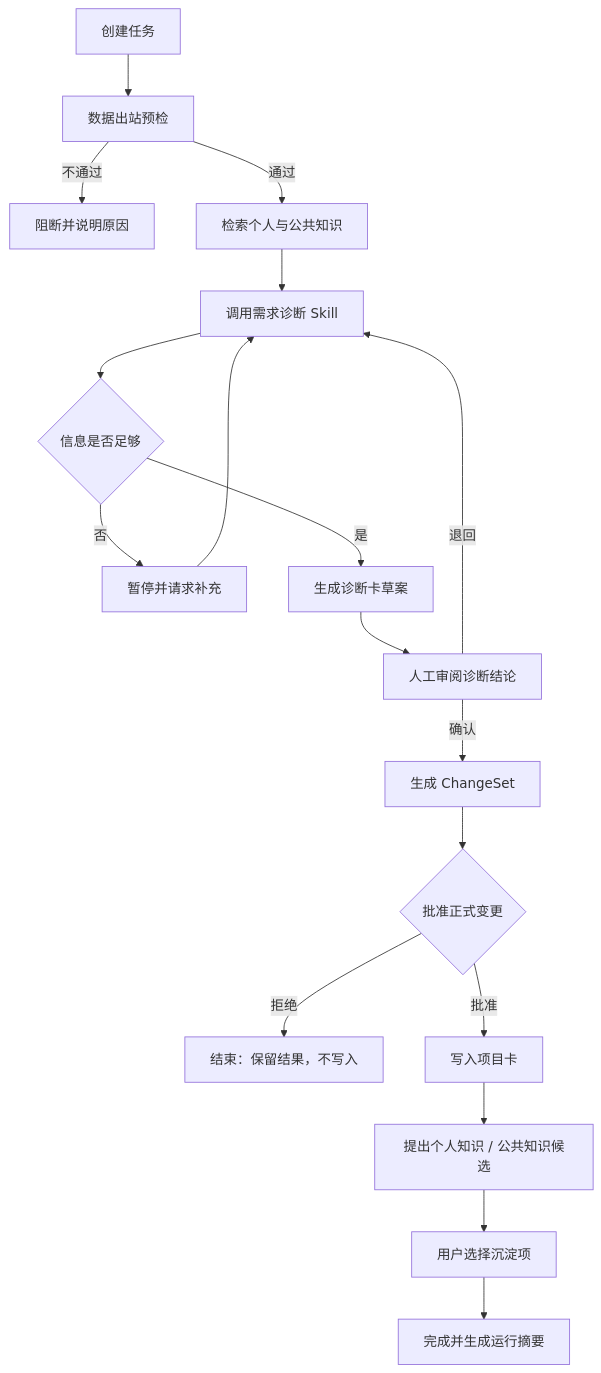
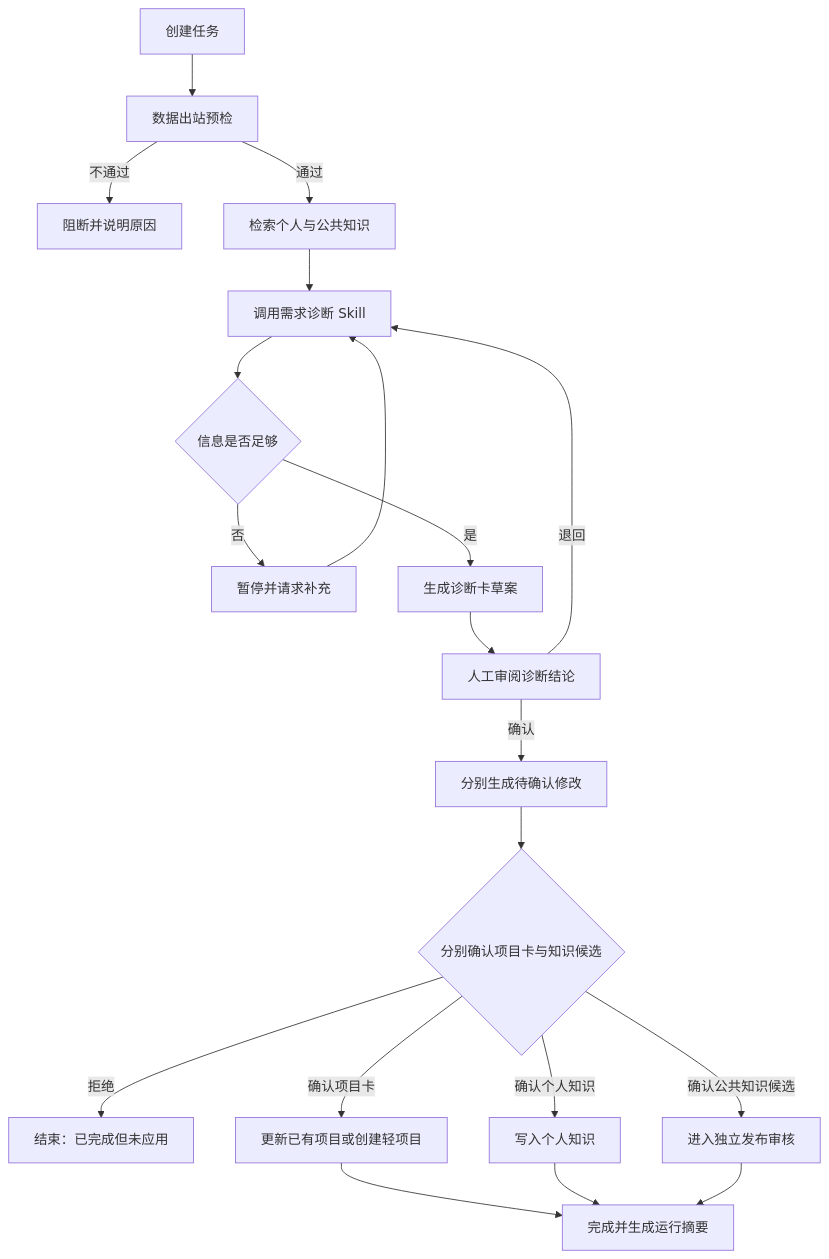
The diagram in 开工文档/03-首条Workflow与验收样本.md (gnedhy/honghao-ai-workbench), drawn with Mermaid before and after one commit. The commit also changed other lines of this file and 10 other files, not shown here.

````diff
--- a/开工文档/03-首条Workflow与验收样本.md
+++ b/开工文档/03-首条Workflow与验收样本.md
@@ -18,20 +18,22 @@
 ```mermaid
 flowchart TD
     A["创建任务"] --> B["数据出站预检"]
     B -->|不通过| X["阻断并说明原因"]
     B -->|通过| C["检索个人与公共知识"]
     C --> D["调用需求诊断 Skill"]
     D --> E{"信息是否足够"}
     E -->|否| F["暂停并请求补充"]
     F --> D
     E -->|是| G["生成诊断卡草案"]
     G --> H["人工审阅诊断结论"]
     H -->|退回| D
-    H -->|确认| I["生成 ChangeSet"]
-    I --> J{"批准正式变更"}
-    J -->|拒绝| K["结束：保留结果，不写入"]
-    J -->|批准| L["写入项目卡"]
-    L --> M["提出个人知识 / 公共知识候选"]
-    M --> N["用户选择沉淀项"]
-    N --> O["完成并生成运行摘要"]
+    H -->|确认| I["分别生成待确认修改"]
+    I --> J{"分别确认项目卡与知识候选"}
+    J -->|拒绝| K["结束：已完成但未应用"]
+    J -->|确认项目卡| L["更新已有项目或创建轻项目"]
+    J -->|确认个人知识| M["写入个人知识"]
+    J -->|确认公共知识候选| N["进入独立发布审核"]
+    L --> O["完成并生成运行摘要"]
+    M --> O
+    N --> O
 ```
````
